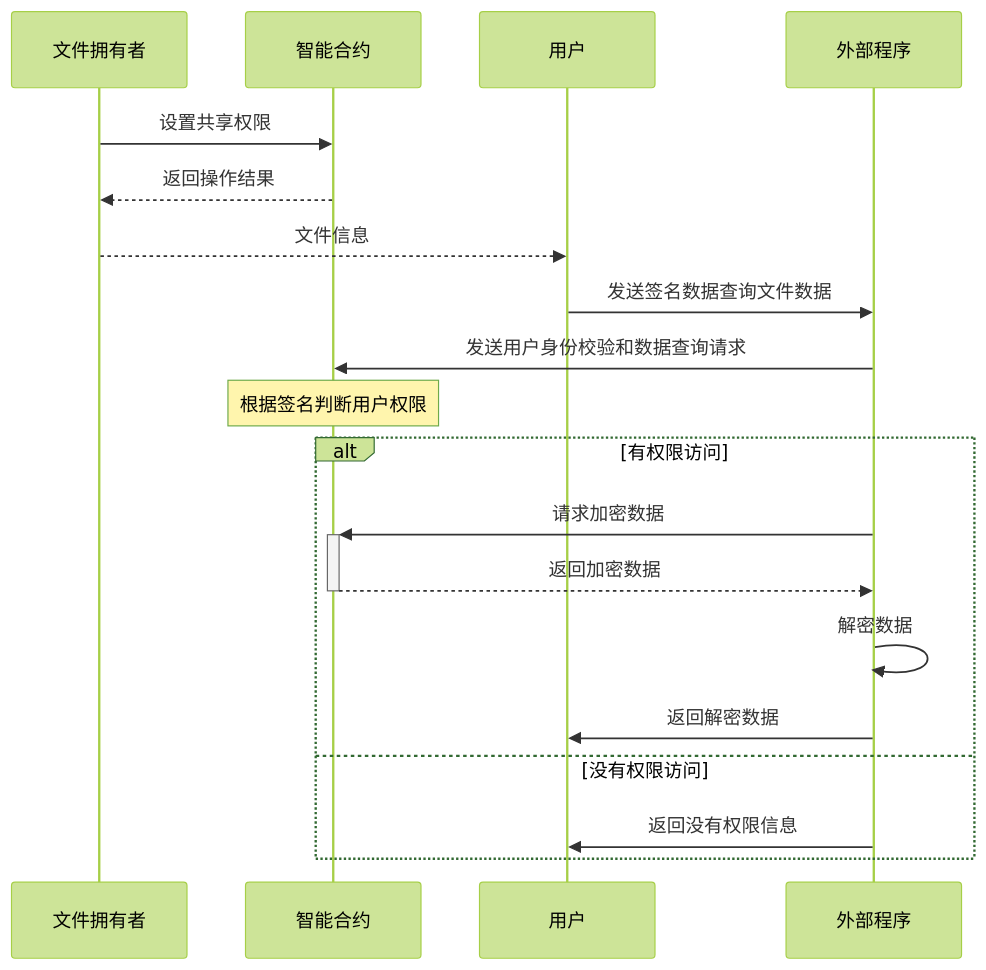
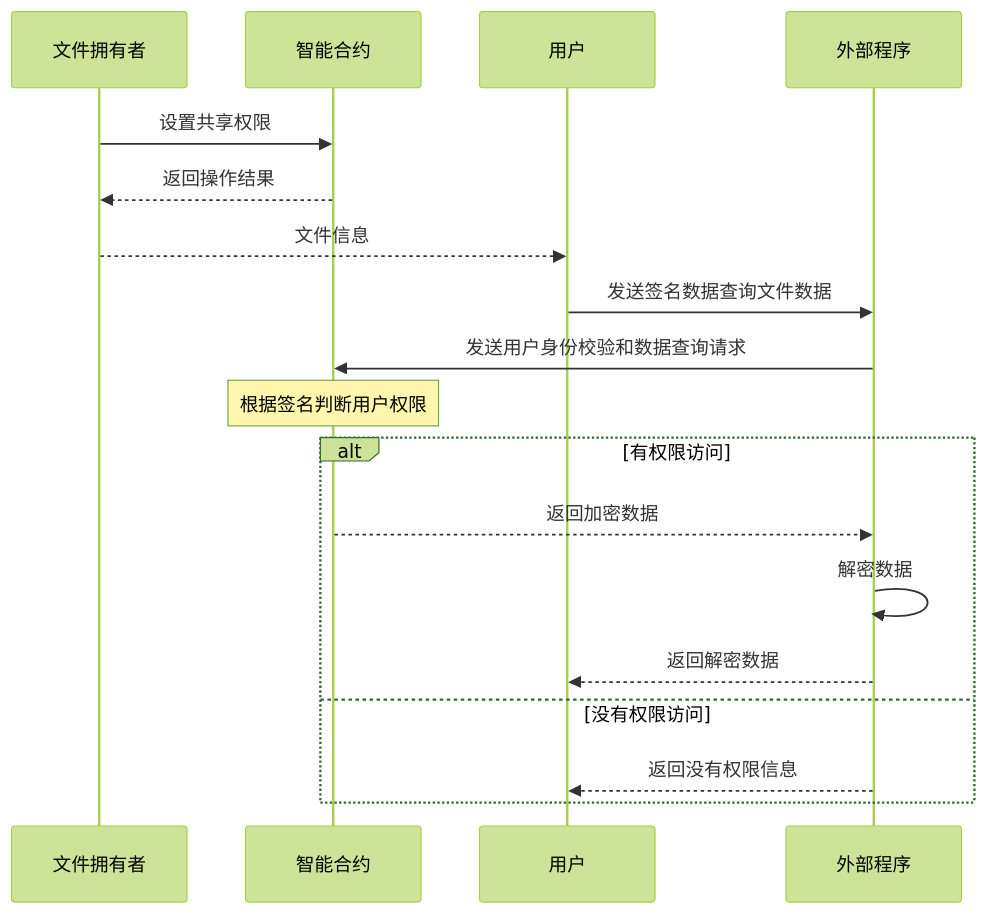
Before and after one commit to MoyunRz/store-data: the fifth of 5 diagrams in doc/合约存取共享.md, drawn with Mermaid (forest theme).

Commit message:
修改时序图

````diff
--- a/doc/合约存取共享.md
+++ b/doc/合约存取共享.md
@@ -102,22 +102,21 @@
 ```mermaid
 sequenceDiagram
     participant A as 文件拥有者
     participant B as 智能合约
     participant C as 用户
     participant D as 外部程序
 
     A->>B: 设置共享权限
     B-->>A: 返回操作结果
     A-->>C: 文件信息
     C->>D: 发送签名数据查询文件数据
     D->>B: 发送用户身份校验和数据查询请求
     Note over B: 根据签名判断用户权限
     alt 有权限访问
-        D->>+B: 请求加密数据
-        B-->>-D: 返回加密数据
+        B-->>D: 返回加密数据
         D->>D: 解密数据
-        D->>C: 返回解密数据
+        D-->>C: 返回解密数据
     else 没有权限访问
-        D->>C: 返回没有权限信息
+        D-->>C: 返回没有权限信息
     end
 ```
````
